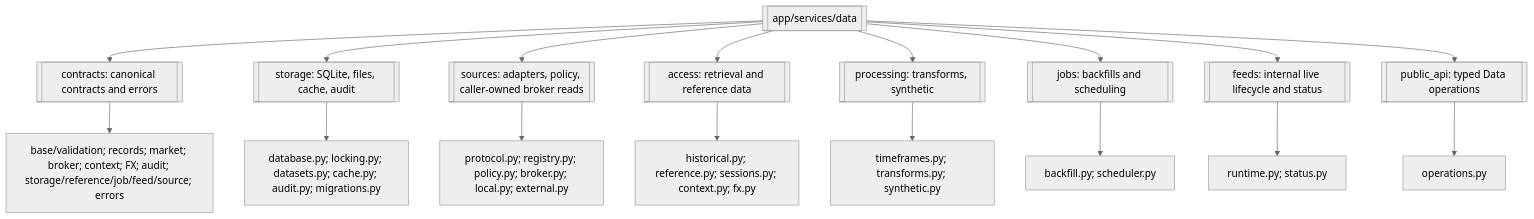
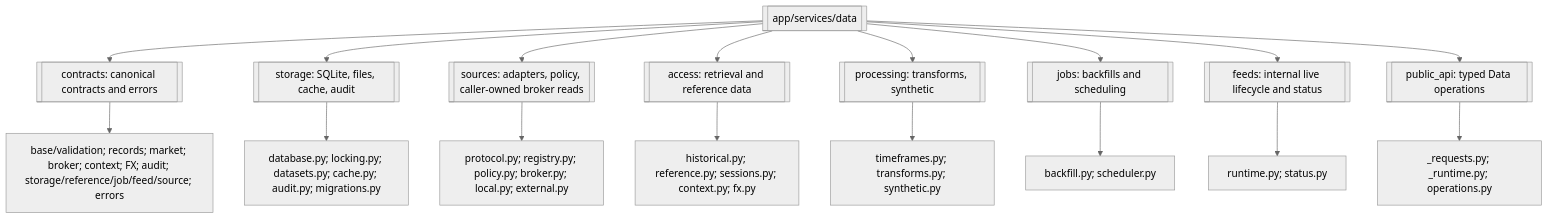
Before and after one commit to haruperi/HaruQuantAI: the first of 3 diagrams in app/services/data/README.md, drawn with Mermaid (neutral theme). The commit also changed other lines of this file and 157 other files, not shown here.

````diff
--- a/app/services/data/README.md
+++ b/app/services/data/README.md
@@ -152,21 +157,21 @@
 ```mermaid
 flowchart TD
     DATA[[app/services/data]]
     DATA --> CONTRACTS[[contracts: canonical contracts and errors]]
     DATA --> STORAGE[[storage: SQLite, files, cache, audit]]
     DATA --> SOURCES[[sources: adapters, policy, caller-owned broker reads]]
     DATA --> ACCESS[[access: retrieval and reference data]]
     DATA --> PROCESSING[[processing: transforms, synthetic]]
     DATA --> JOBS[[jobs: backfills and scheduling]]
     DATA --> FEEDS[[feeds: internal live lifecycle and status]]
     DATA --> API[[public_api: typed Data operations]]
 
     CONTRACTS --> CFILES[base/validation; records; market; broker; context; FX; audit; storage/reference/job/feed/source; errors]
     STORAGE --> STFILES[database.py; locking.py; datasets.py; cache.py; audit.py; migrations.py]
     SOURCES --> SOFILES[protocol.py; registry.py; policy.py; broker.py; local.py; external.py]
     ACCESS --> AFILES[historical.py; reference.py; sessions.py; context.py; fx.py]
     PROCESSING --> PFILES[timeframes.py; transforms.py; synthetic.py]
     JOBS --> JFILES[backfill.py; scheduler.py]
     FEEDS --> FFILES[runtime.py; status.py]
-    API --> APIFILES[operations.py]
+    API --> APIFILES[_requests.py; _runtime.py; operations.py]
 ```
````
